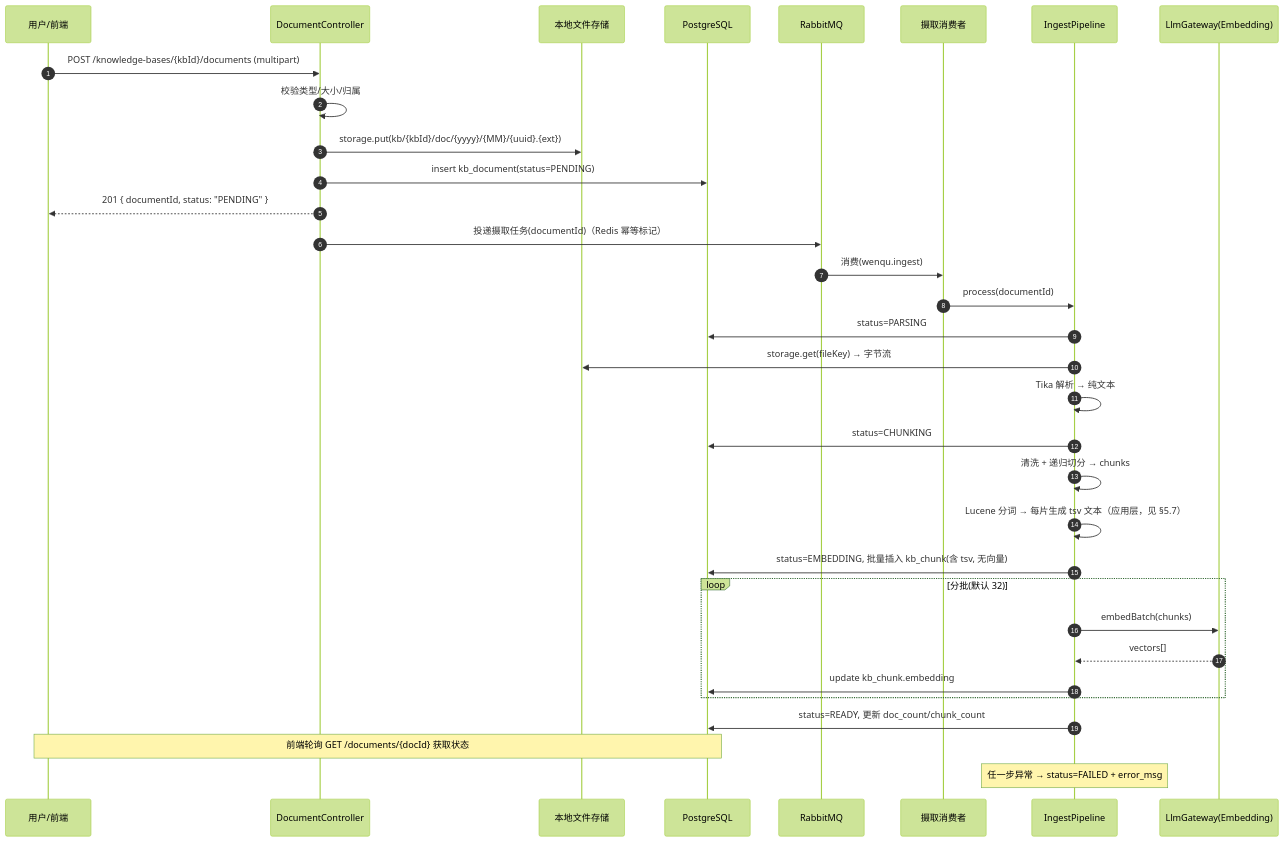
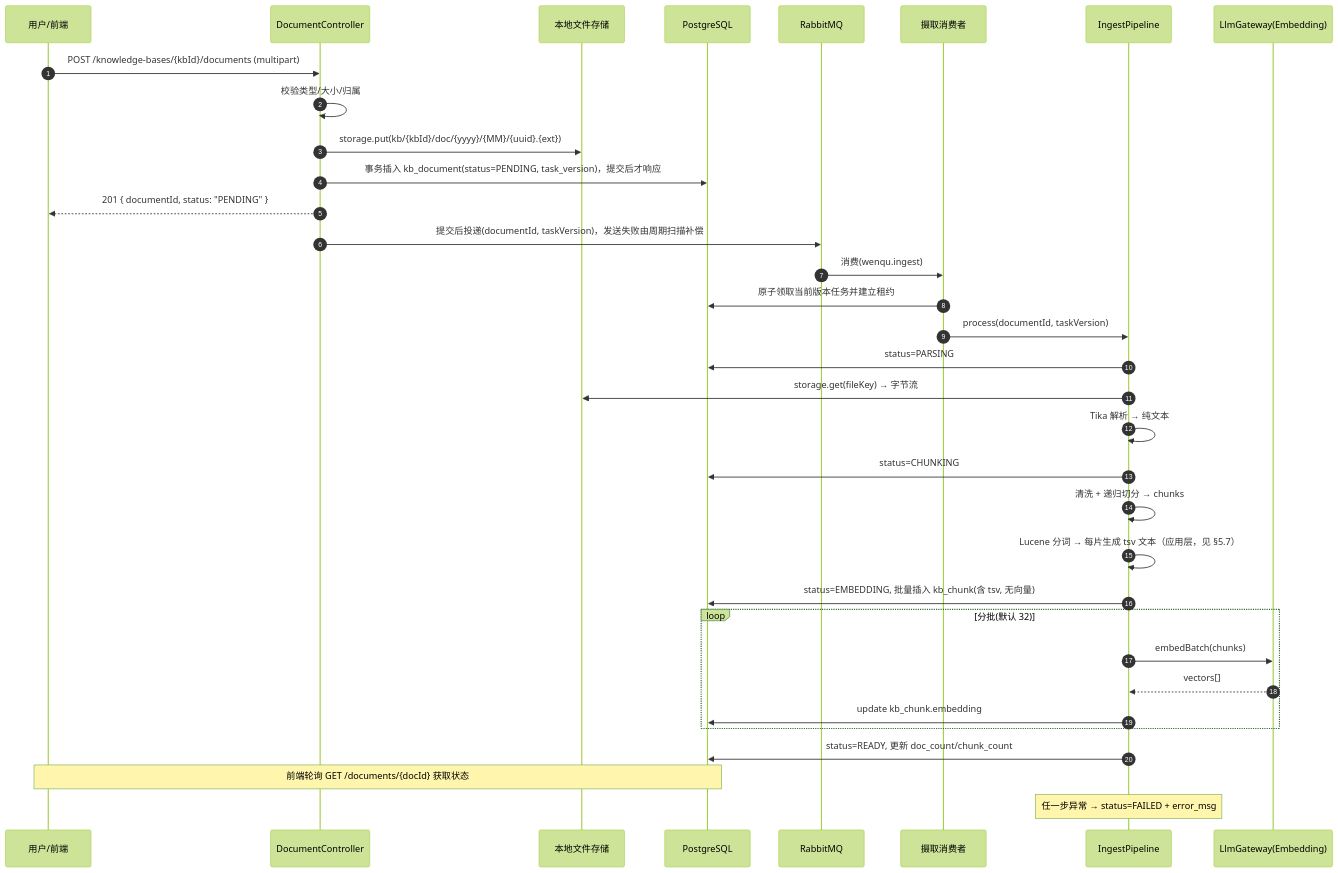
One commit to CBT-keep/WenQu changed the second of 5 diagrams in doc/02-技术架构设计.md. Above: the diagram before and after it, drawn with Mermaid (forest theme). The commit also changed other lines of this file and 30 other files, not shown here.

````diff
--- a/doc/02-技术架构设计.md
+++ b/doc/02-技术架构设计.md
@@ -166,37 +166,38 @@
 ```mermaid
 sequenceDiagram
   autonumber
   participant U as 用户/前端
   participant C as DocumentController
   participant M as 本地文件存储
   participant DB as PostgreSQL
   participant MQ as RabbitMQ
   participant Q as 摄取消费者
   participant P as IngestPipeline
   participant E as LlmGateway(Embedding)
 
   U->>C: POST /knowledge-bases/{kbId}/documents (multipart)
   C->>C: 校验类型/大小/归属
   C->>M: storage.put(kb/{kbId}/doc/{yyyy}/{MM}/{uuid}.{ext})
-  C->>DB: insert kb_document(status=PENDING)
+  C->>DB: 事务插入 kb_document(status=PENDING, task_version)，提交后才响应
   C-->>U: 201 { documentId, status: "PENDING" }
 
-  C->>MQ: 投递摄取任务(documentId)（Redis 幂等标记）
+  C->>MQ: 提交后投递(documentId, taskVersion)，发送失败由周期扫描补偿
   MQ->>Q: 消费(wenqu.ingest)
-  Q->>P: process(documentId)
+  Q->>DB: 原子领取当前版本任务并建立租约
+  Q->>P: process(documentId, taskVersion)
   P->>DB: status=PARSING
   P->>M: storage.get(fileKey) → 字节流
   P->>P: Tika 解析 → 纯文本
   P->>DB: status=CHUNKING
   P->>P: 清洗 + 递归切分 → chunks
   P->>P: Lucene 分词 → 每片生成 tsv 文本（应用层，见 §5.7）
   P->>DB: status=EMBEDDING, 批量插入 kb_chunk(含 tsv, 无向量)
   loop 分批(默认 32)
     P->>E: embedBatch(chunks)
     E-->>P: vectors[]
     P->>DB: update kb_chunk.embedding
   end
   P->>DB: status=READY, 更新 doc_count/chunk_count
   Note over U,DB: 前端轮询 GET /documents/{docId} 获取状态
   Note over P: 任一步异常 → status=FAILED + error_msg
 ```
````
